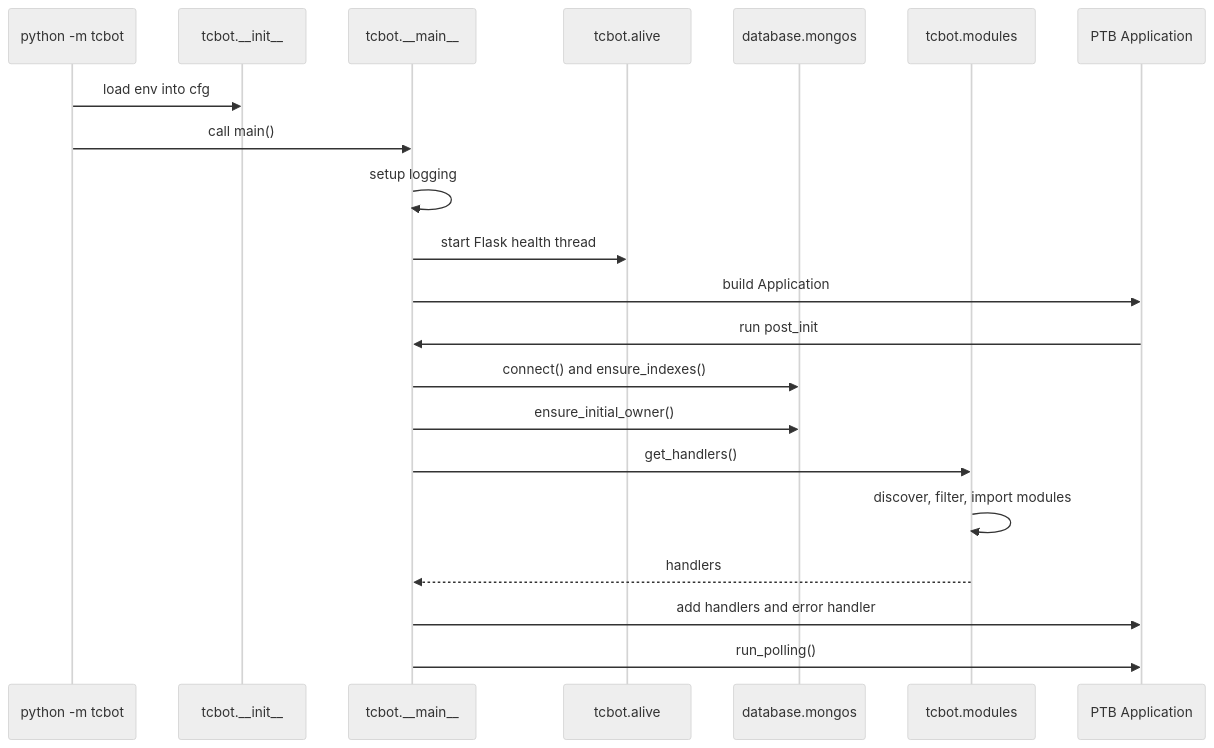
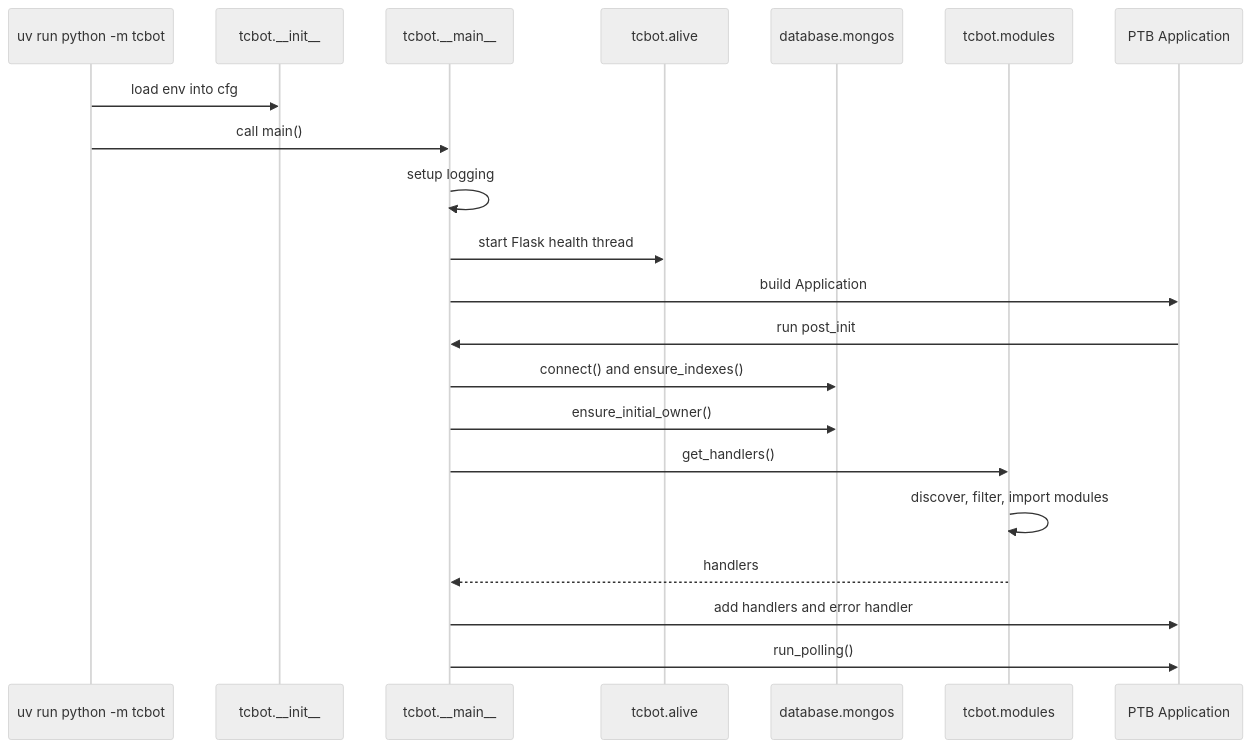
The first of 2 diagrams in docs/mapping.md (D1ZZY4/tcbot), drawn with Mermaid (neutral theme) before and after one commit. The commit also changed other lines of this file and 65 other files, not shown here.

````diff
--- a/docs/mapping.md
+++ b/docs/mapping.md
@@ -74,24 +75,24 @@
 ```mermaid
 sequenceDiagram
-    participant Proc as python -m tcbot
+    participant Proc as uv run python -m tcbot
     participant Config as tcbot.__init__
     participant Main as tcbot.__main__
     participant Alive as tcbot.alive
     participant DB as database.mongos
     participant Mods as tcbot.modules
     participant PTB as PTB Application
 
     Proc->>Config: load env into cfg
     Proc->>Main: call main()
     Main->>Main: setup logging
     Main->>Alive: start Flask health thread
     Main->>PTB: build Application
     PTB->>Main: run post_init
     Main->>DB: connect() and ensure_indexes()
     Main->>DB: ensure_initial_owner()
     Main->>Mods: get_handlers()
     Mods->>Mods: discover, filter, import modules
     Mods-->>Main: handlers
     Main->>PTB: add handlers and error handler
     Main->>PTB: run_polling()
 ```
````
